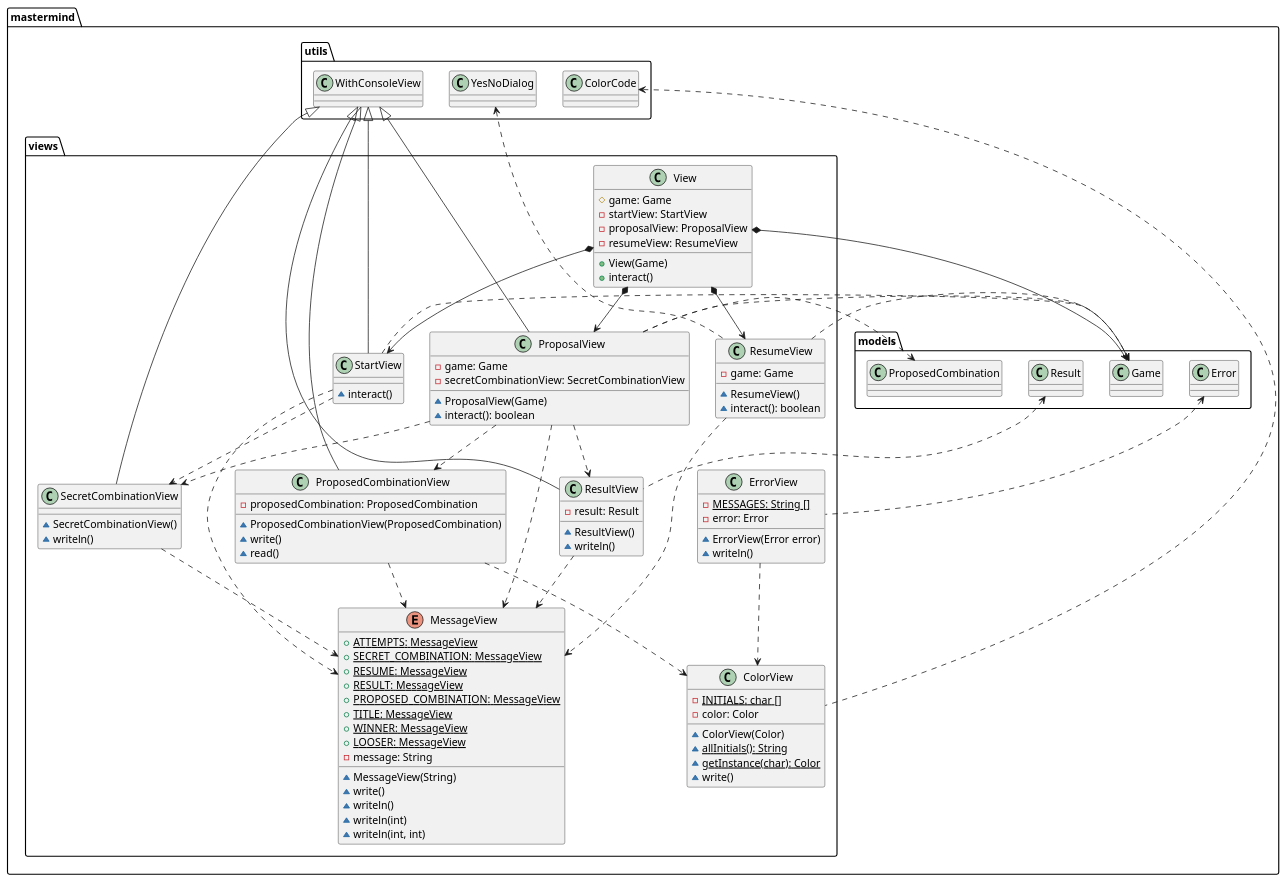
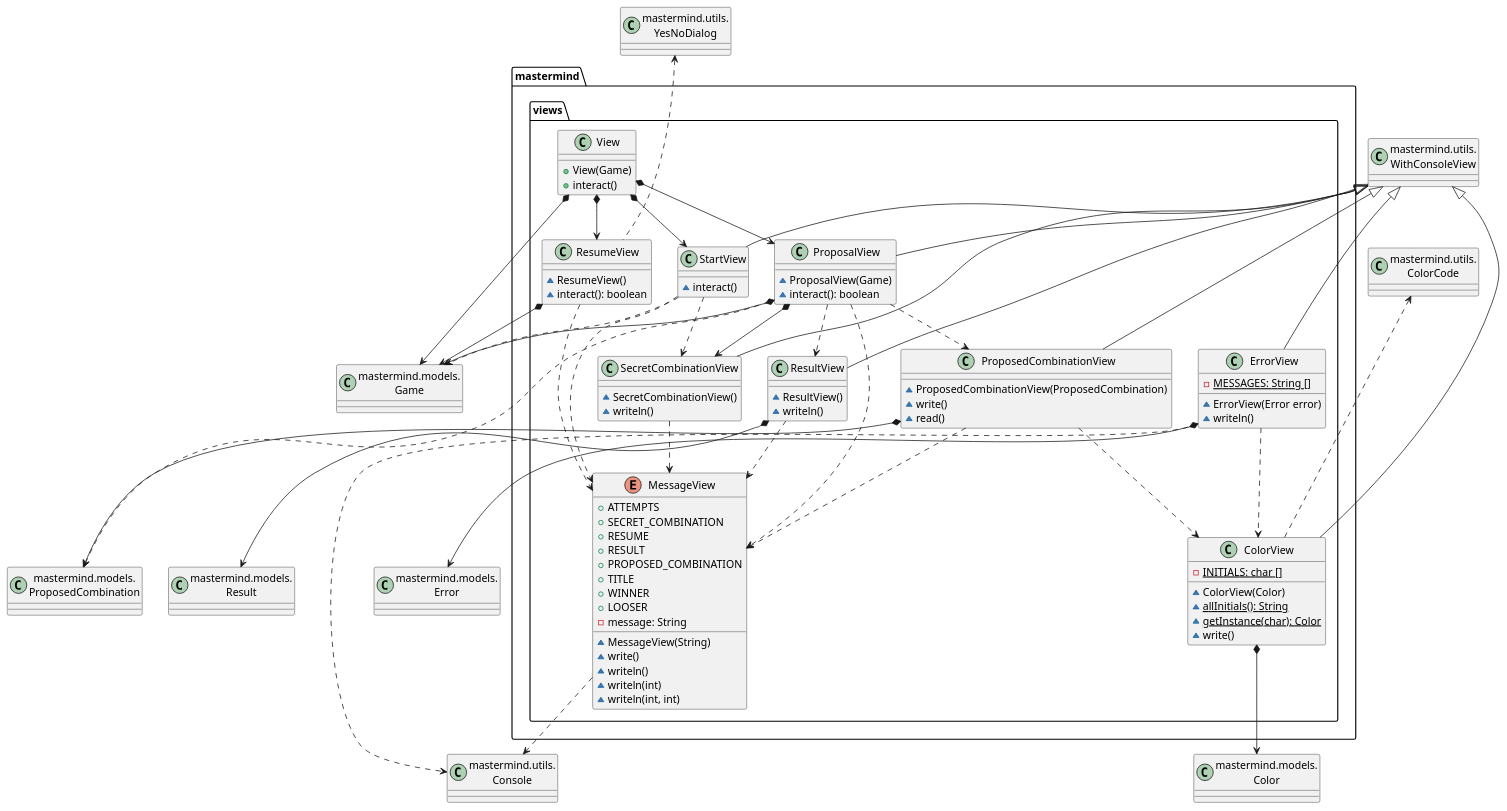
The second of 4 diagrams in documentView/console/docs/diagrams/src/paquetes.plantuml (SantaTecla-mastermind/solution.java.swing.socket.sql), drawn with PlantUML before and after one commit. The commit also changed other lines of this file and 5 other files, not shown here.

Commit message:
Finalizada la modificación de diagramas

```diff
--- a/documentView/console/docs/diagrams/src/paquetes.plantuml
+++ b/documentView/console/docs/diagrams/src/paquetes.plantuml
@@ -13,108 +17,113 @@
 @startuml mastermind.views
-class  mastermind.views.ColorView{
+class ColorCode as "mastermind.utils.\nColorCode"{}
+class Error as "mastermind.models.\nError"{}
+class Color as "mastermind.models.\nColor"{}
+class ProposedCombination as "mastermind.models.\nProposedCombination"{}
+class WithConsoleView as "mastermind.utils.\nWithConsoleView"{}
+class Result as "mastermind.models.\nResult"{}
+class Game as "mastermind.models.\nGame"{}
+class YesNoDialog as "mastermind.utils.\nYesNoDialog"{}
+class Console as "mastermind.utils.\nConsole"{}
+
+class mastermind.views.ColorView{
 - {static} INITIALS: char []
-- color: Color
 ~ ColorView(Color)
 ~ {static} allInitials(): String
 ~ {static} getInstance(char): Color
 ~ write()
 }
-mastermind.utils.ColorCode <..down- mastermind.views.ColorView
+ColorCode <..down- mastermind.views.ColorView
+mastermind.views.ColorView *-down-> Color
+WithConsoleView <|-down- mastermind.views.ColorView
 
-class  mastermind.views.ErrorView{
+class mastermind.views.ErrorView{
 - {static} MESSAGES: String []
-- error: Error
 ~ ErrorView(Error error)
 ~ writeln()
 }
-mastermind.models.Error <..down- mastermind.views.ErrorView
+mastermind.views.ErrorView *-down-> Error
 mastermind.views.ErrorView ..> mastermind.views.ColorView
+mastermind.views.ErrorView ..> Console
+WithConsoleView <|-down- mastermind.views.ErrorView
 
-enum  mastermind.views.MessageView{
-+ {static} ATTEMPTS: MessageView
-+ {static} SECRET_COMBINATION: MessageView
-+ {static} RESUME: MessageView
-+ {static} RESULT: MessageView
-+ {static} PROPOSED_COMBINATION: MessageView
-+ {static} TITLE: MessageView
-+ {static} WINNER: MessageView
-+ {static} LOOSER: MessageView
+enum mastermind.views.MessageView{
++ ATTEMPTS
++ SECRET_COMBINATION
++ RESUME
++ RESULT
++ PROPOSED_COMBINATION
++ TITLE
++ WINNER
++ LOOSER
 - message: String
 ~ MessageView(String)
 ~ write()
 ~ writeln()
 ~ writeln(int)
 ~ writeln(int, int)
 }
 
-class  mastermind.views.ProposalView{
-- game: Game
-- secretCombinationView: SecretCombinationView
+mastermind.views.MessageView ..> Console
+
+class mastermind.views.ProposalView {
 ~ ProposalView(Game)
 ~ interact(): boolean
 }
-mastermind.models.ProposedCombination <..down- mastermind.views.ProposalView
-mastermind.utils.WithConsoleView <|-down- mastermind.views.ProposalView
-mastermind.views.ProposalView ..> mastermind.models.Game
+ProposedCombination <..down- mastermind.views.ProposalView
+WithConsoleView <|-down- mastermind.views.ProposalView
+mastermind.views.ProposalView *-down-> Game
 mastermind.views.ProposalView ..> mastermind.views.MessageView
-mastermind.views.ProposalView ..> mastermind.views.SecretCombinationView
+mastermind.views.ProposalView *-down-> mastermind.views.SecretCombinationView
 mastermind.views.ProposalView ..> mastermind.views.ProposedCombinationView
 mastermind.views.ProposalView ..> mastermind.views.ResultView
 
-class  mastermind.views.ProposedCombinationView{
-- proposedCombination: ProposedCombination
+class mastermind.views.ProposedCombinationView{
 ~ ProposedCombinationView(ProposedCombination)
 ~ write()
 ~ read()
 }
-mastermind.utils.WithConsoleView <|-down- mastermind.views.ProposedCombinationView
-mastermind.views.ProposedCombinationView..> mastermind.views.MessageView
-mastermind.views.ProposedCombinationView..> mastermind.views.ColorView
+WithConsoleView <|-down- mastermind.views.ProposedCombinationView
+mastermind.views.ProposedCombinationView ..> mastermind.views.MessageView
+mastermind.views.ProposedCombinationView *-down-> ProposedCombination
+mastermind.views.ProposedCombinationView ..> mastermind.views.ColorView
 
-
-class  mastermind.views.ResultView{
-- result: Result
+class mastermind.views.ResultView {
 ~ ResultView()
 ~ writeln()
 }
-mastermind.utils.WithConsoleView <|-down- mastermind.views.ResultView
-mastermind.models.Result <..down- mastermind.views.ResultView
+WithConsoleView <|-down- mastermind.views.ResultView
+mastermind.views.ResultView *-down-> Result
 mastermind.views.ResultView..> mastermind.views.MessageView
 
-class  mastermind.views.ResumeView{
-- game: Game
+class mastermind.views.ResumeView {
 ~ ResumeView()
 ~ interact(): boolean
 }
-mastermind.views.ResumeView ..> mastermind.models.Game
-mastermind.utils.YesNoDialog <..down- mastermind.views.ResumeView
+mastermind.views.ResumeView *-down-> Game
+YesNoDialog <..down- mastermind.views.ResumeView
 mastermind.views.ResumeView..> mastermind.views.MessageView
 
-class  mastermind.views.SecretCombinationView{
+class mastermind.views.SecretCombinationView {
 ~ SecretCombinationView()
 ~ writeln()
 }
-mastermind.utils.WithConsoleView <|-down- mastermind.views.SecretCombinationView
+WithConsoleView <|-down- mastermind.views.SecretCombinationView
 mastermind.views.SecretCombinationView..> mastermind.views.MessageView
 
-class  mastermind.views.StartView{
+class mastermind.views.StartView {
 ~ interact()
 }
-mastermind.utils.WithConsoleView <|-down- mastermind.views.StartView
-mastermind.views.StartView ..> mastermind.models.Game
+WithConsoleView <|-down- mastermind.views.StartView
+mastermind.views.StartView ..> Game
 mastermind.views.StartView..> mastermind.views.MessageView
 mastermind.views.StartView..> mastermind.views.SecretCombinationView
 
-class  mastermind.views.View{
-# game: Game
-- startView: StartView
-- proposalView: ProposalView
-- resumeView: ResumeView
+class mastermind.views.View {
 + View(Game)
 + interact()
 }
 mastermind.views.View *-down-> mastermind.views.ProposalView
 mastermind.views.View *-down-> mastermind.views.StartView
-mastermind.views.View *-down-> mastermind.models.Game
+mastermind.views.View *-down-> Game
 mastermind.views.View *-down-> mastermind.views.ResumeView
 @enduml
```
